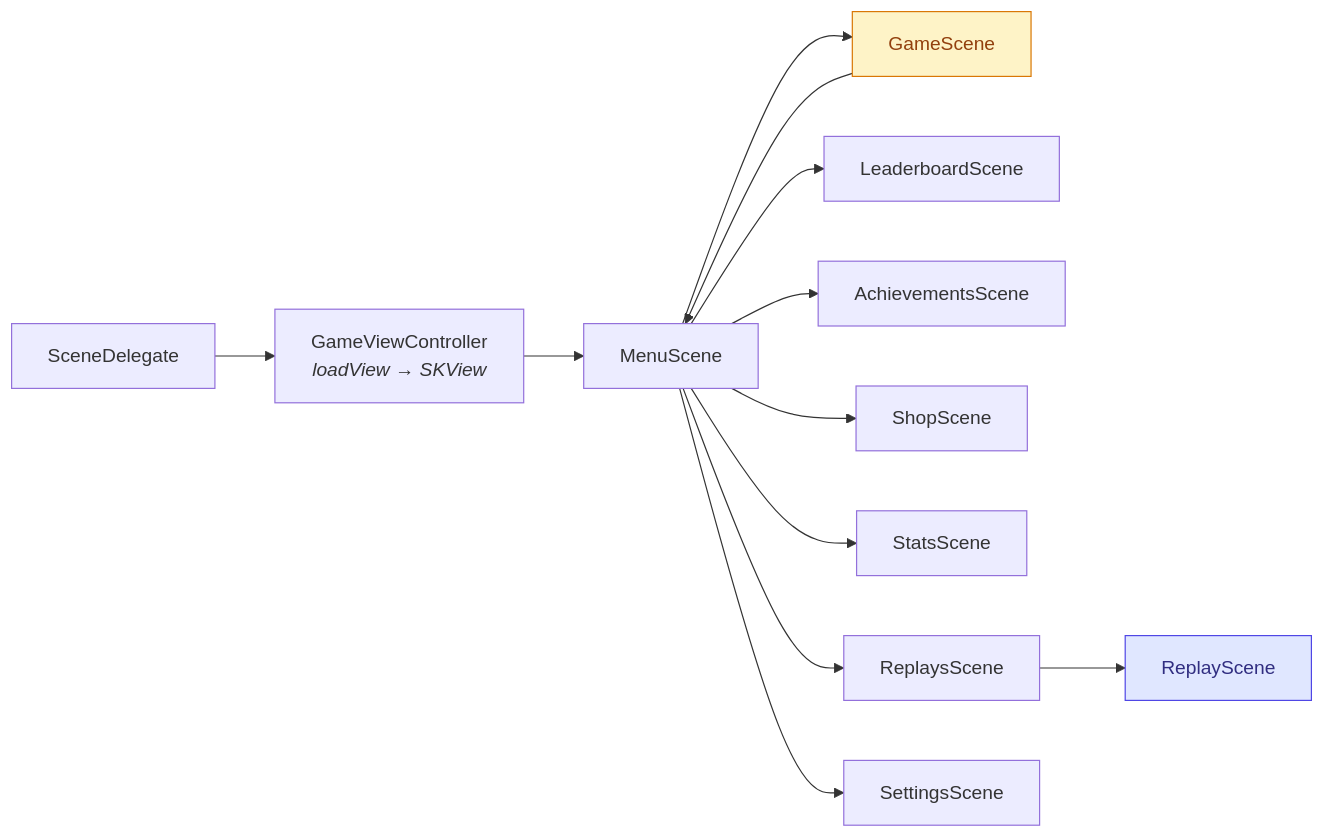
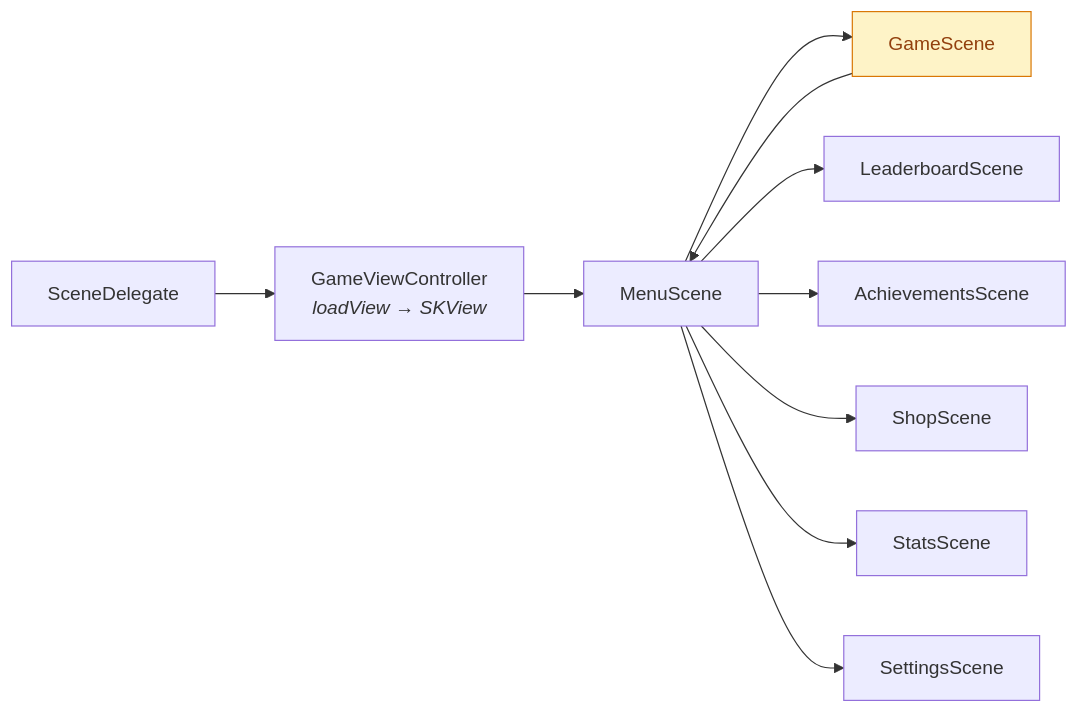
One commit to hoangsonww/Flappy-Bird-Game changed the second of 5 diagrams in ARCHITECTURE.md. Above: the diagram before and after it, drawn with Mermaid. The commit also changed other lines of this file and 43 other files, not shown here.

````diff
--- a/ARCHITECTURE.md
+++ b/ARCHITECTURE.md
@@ -80,19 +80,16 @@
 ```mermaid
 flowchart LR
     SD["SceneDelegate"] --> GVC["GameViewController<br/><i>loadView → SKView</i>"]
     GVC --> Menu["MenuScene"]
 
     Menu --> Game["GameScene"]
     Menu --> LB["LeaderboardScene"]
     Menu --> Ach["AchievementsScene"]
     Menu --> Shop["ShopScene"]
     Menu --> Stats["StatsScene"]
-    Menu --> Rep["ReplaysScene"]
     Menu --> Set["SettingsScene"]
 
-    Rep --> Play["ReplayScene"]
     Game --> Menu
 
     style Game fill:#fef3c7,stroke:#d97706,color:#92400e
-    style Play fill:#e0e7ff,stroke:#4f46e5,color:#312e81
 ```
````
